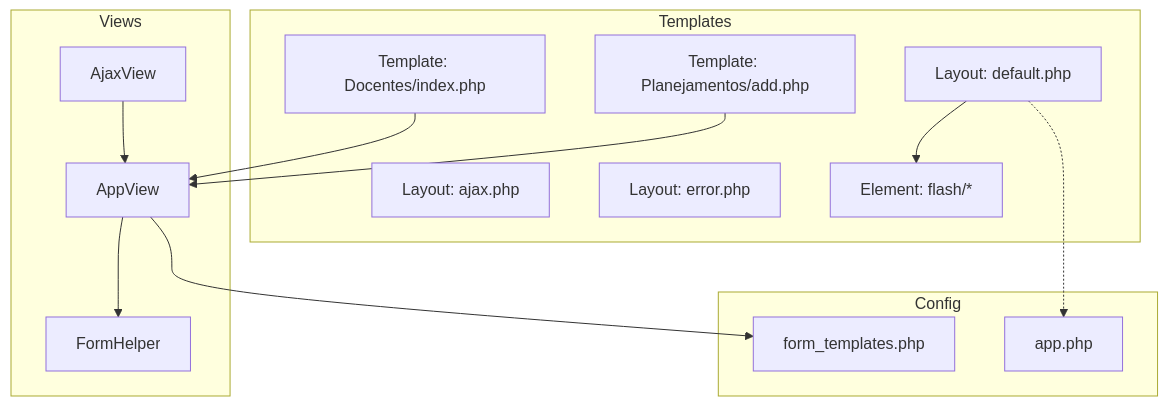
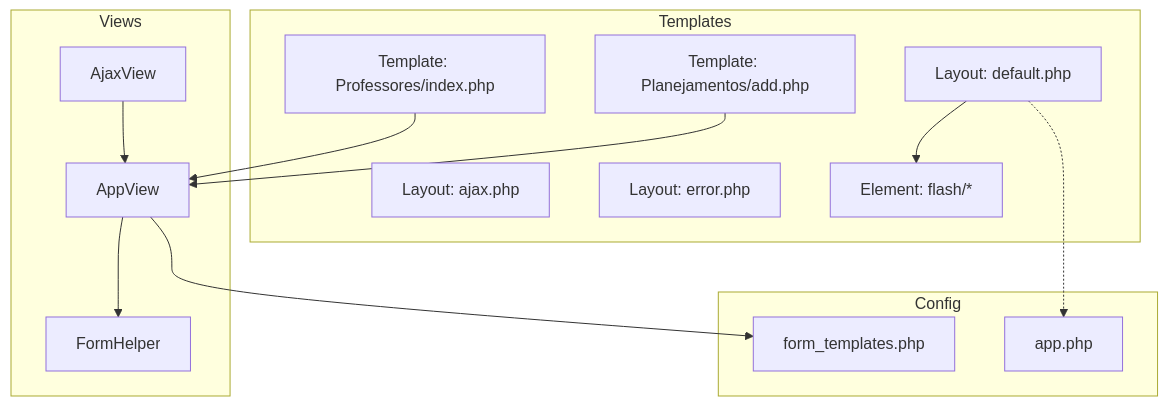
One commit to luiseduacosta/planejamento5 changed the first of 8 diagrams in .qoder/repowiki/en/content/Frontend Architecture.md. Above: the diagram before and after it, drawn with Mermaid. The commit also changed other lines of this file and 37 other files, not shown here.

Commit message:
repowiki: rename Docentes → Professores in metadata

````diff
--- a/.qoder/repowiki/en/content/Frontend Architecture.md
+++ b/.qoder/repowiki/en/content/Frontend Architecture.md
@@ -41,27 +41,27 @@
 ```mermaid
 graph TB
 subgraph "Views"
 AV["AppView"]
 AJV["AjaxView"]
 FH["FormHelper"]
 end
 subgraph "Templates"
 LDEF["Layout: default.php"]
 LAJX["Layout: ajax.php"]
 LERR["Layout: error.php"]
 EFL["Element: flash/*"]
-TDOC["Template: Docentes/index.php"]
+TDOC["Template: Professores/index.php"]
 TPLAN["Template: Planejamentos/add.php"]
 end
 subgraph "Config"
 FTMPL["form_templates.php"]
 APPCFG["app.php"]
 end
 AV --> FH
 AJV --> AV
 LDEF --> EFL
 TDOC --> AV
 TPLAN --> AV
 AV --> FTMPL
 LDEF -.-> APPCFG
 ```
````
